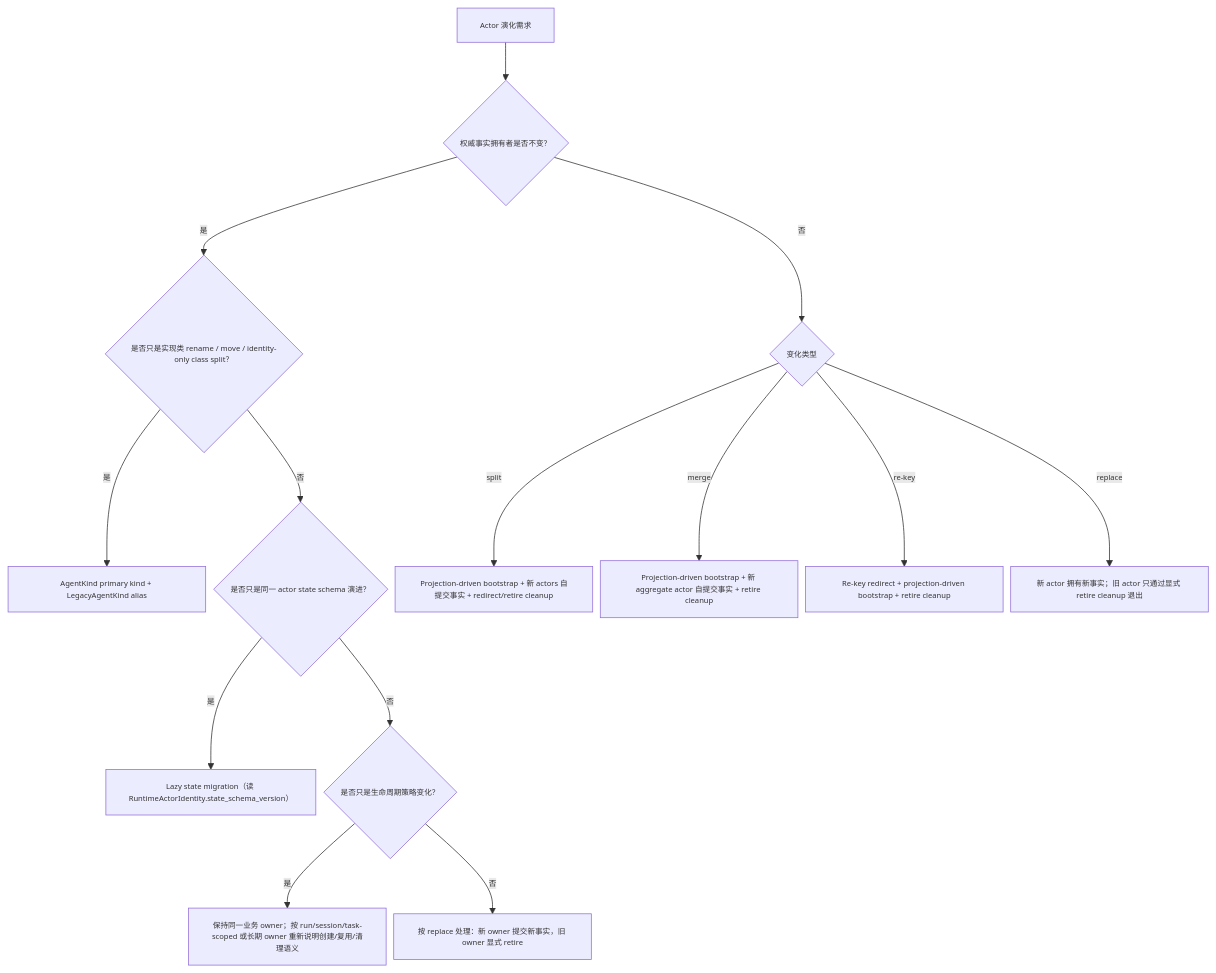
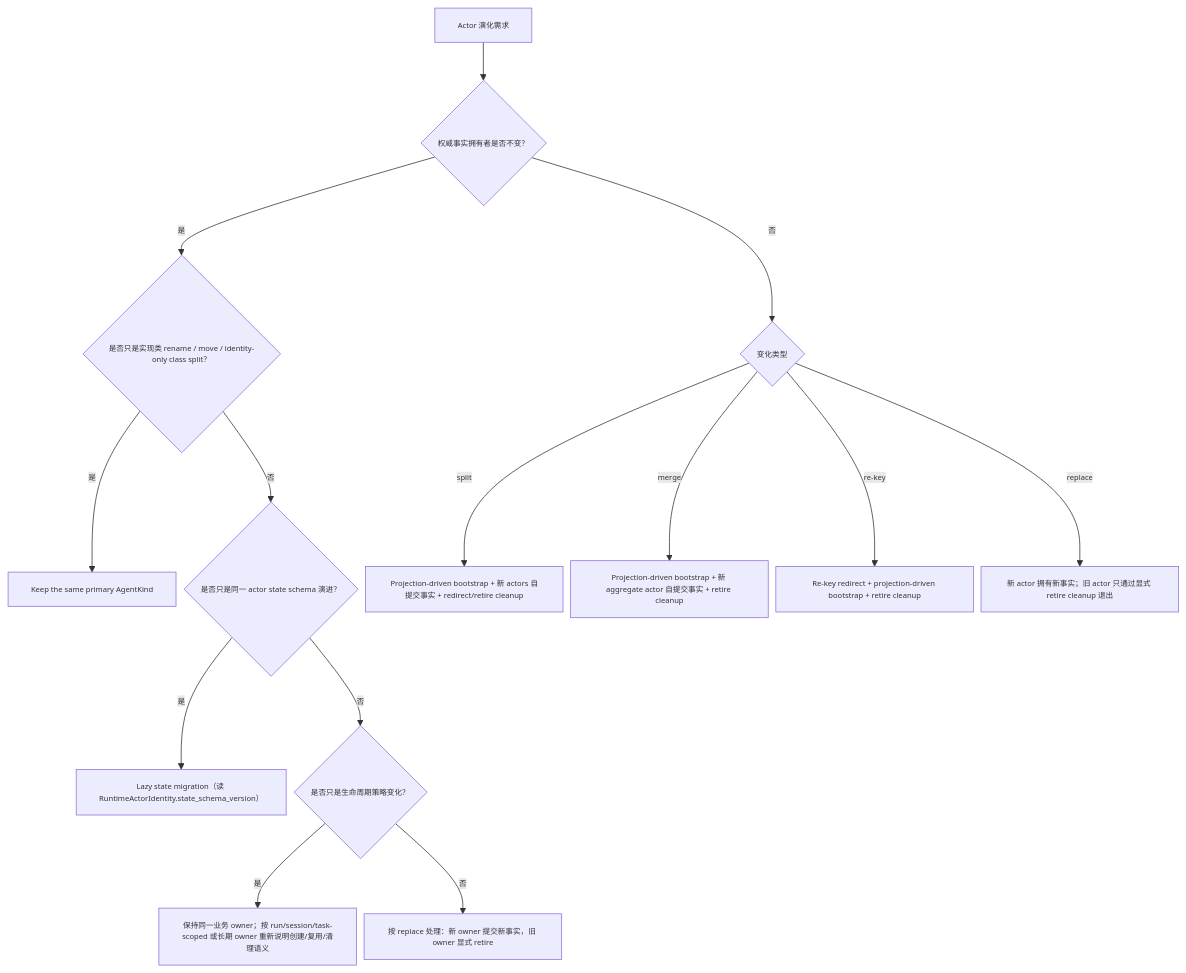
One commit to aevatarAI/aevatar changed the diagram in docs/canon/actor-evolution.md. Above: the diagram before and after it, drawn with Mermaid. The commit also changed other lines of this file and 183 other files, not shown here.

First line of the commit message:
refactor(#1763): AgentKind 身份契约收敛为 primary-only + 删除全部 legacy agent-kind 子系统

````diff
--- a/docs/canon/actor-evolution.md
+++ b/docs/canon/actor-evolution.md
@@ -15,17 +15,17 @@
 ```mermaid
 %%{init: {"maxTextSize": 100000, "flowchart": {"useMaxWidth": false, "nodeSpacing": 10, "rankSpacing": 50}, "themeVariables": {"fontSize": "10px"}}}%%
 flowchart TD
     A["Actor 演化需求"] --> B{"权威事实拥有者是否不变？"}
     B -->|是| C{"是否只是实现类 rename / move / identity-only class split？"}
-    C -->|是| D["AgentKind primary kind + LegacyAgentKind alias"]
+    C -->|是| D["Keep the same primary AgentKind"]
     C -->|否| E{"是否只是同一 actor state schema 演进？"}
     E -->|是| F["Lazy state migration（读 RuntimeActorIdentity.state_schema_version）"]
     E -->|否| G{"是否只是生命周期策略变化？"}
     G -->|是| H["保持同一业务 owner；按 run/session/task-scoped 或长期 owner 重新说明创建/复用/清理语义"]
     G -->|否| I["按 replace 处理：新 owner 提交新事实，旧 owner 显式 retire"]
     B -->|否| J{"变化类型"}
     J -->|split| K["Projection-driven bootstrap + 新 actors 自提交事实 + redirect/retire cleanup"]
     J -->|merge| L["Projection-driven bootstrap + 新 aggregate actor 自提交事实 + retire cleanup"]
     J -->|re-key| M["Re-key redirect + projection-driven bootstrap + retire cleanup"]
     J -->|replace| N["新 actor 拥有新事实；旧 actor 只通过显式 retire cleanup 退出"]
 ```
````
